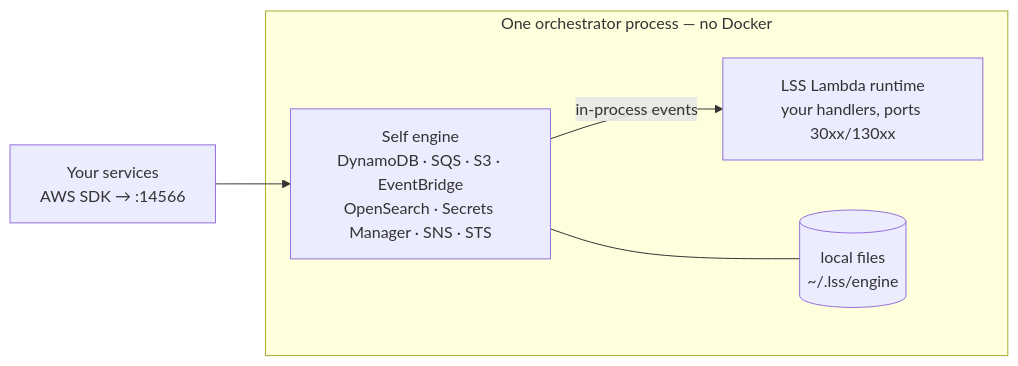
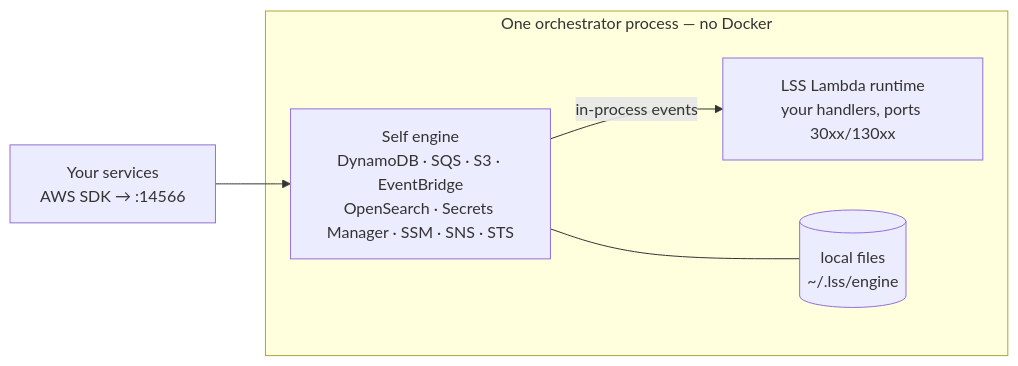
The second of 4 diagrams in README.md (Viserion77/local-serverless-stack), drawn with Mermaid before and after one commit. The commit also changed other lines of this file and 87 other files, not shown here.

````diff
--- a/README.md
+++ b/README.md
@@ -1096,9 +1129,9 @@
 ```mermaid
 flowchart LR
     APP[Your services<br/>AWS SDK → :14566] --> ENG
     subgraph ORCH["One orchestrator process — no Docker"]
-        ENG[Self engine<br/>DynamoDB · SQS · S3 · EventBridge<br/>OpenSearch · Secrets Manager · SNS · STS]
+        ENG[Self engine<br/>DynamoDB · SQS · S3 · EventBridge<br/>OpenSearch · Secrets Manager · SSM · SNS · STS]
         ENG -->|in-process events| RT[LSS Lambda runtime<br/>your handlers, ports 30xx/130xx]
         ENG --- FS[(local files<br/>~/.lss/engine)]
     end
 ```
````
